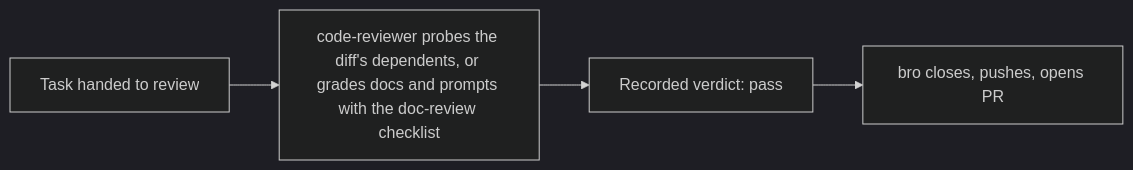
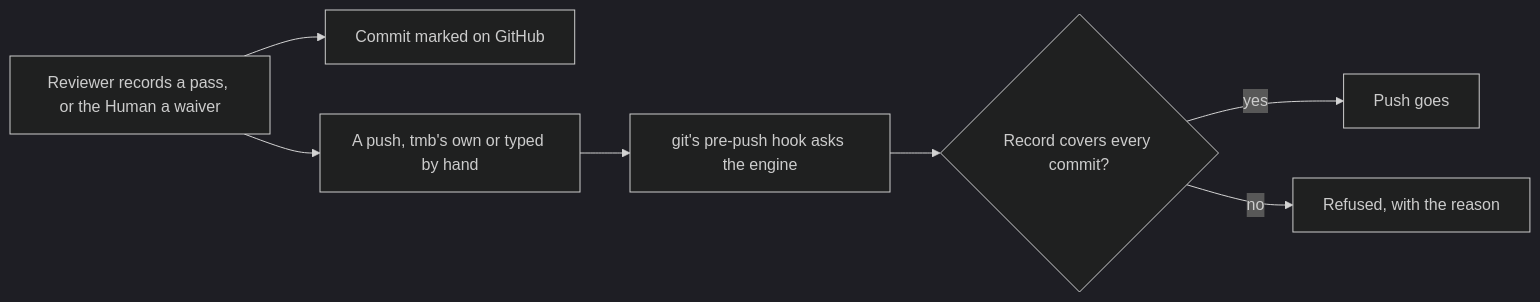
The ninth of 24 diagrams in docs/architecture/FLOWS.md (trustmybot/tmb), drawn with Mermaid (dark theme) before and after one commit. The commit also changed other lines of this file and 38 other files, not shown here.

````diff
--- a/docs/architecture/FLOWS.md
+++ b/docs/architecture/FLOWS.md
@@ -121,6 +157,9 @@
 ```mermaid
 flowchart LR
-    A[Task handed to review] --> B[code-reviewer probes the diff's dependents, or grades docs and prompts with the doc-review checklist]
-    B --> C[Recorded verdict: pass]
-    C --> D[bro closes, pushes, opens PR]
+    A["Reviewer records a pass, or the Human a waiver"] --> B["Commit marked on GitHub"]
+    A --> C["A push, tmb's own or typed by hand"]
+    C --> D["git's pre-push hook asks the engine"]
+    D --> E{"Record covers every commit?"}
+    E -- yes --> F["Push goes"]
+    E -- no --> G["Refused, with the reason"]
 ```
````
